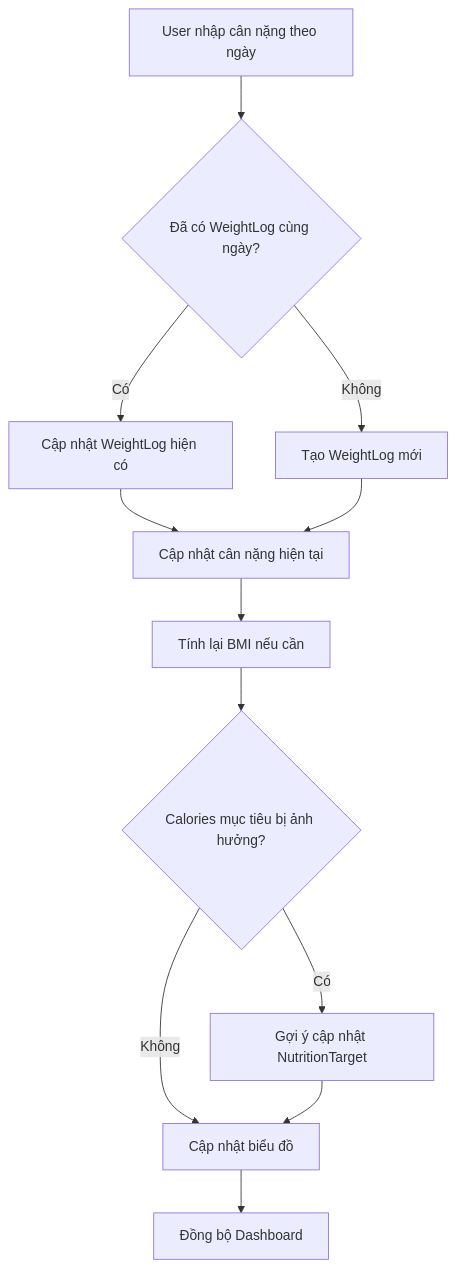
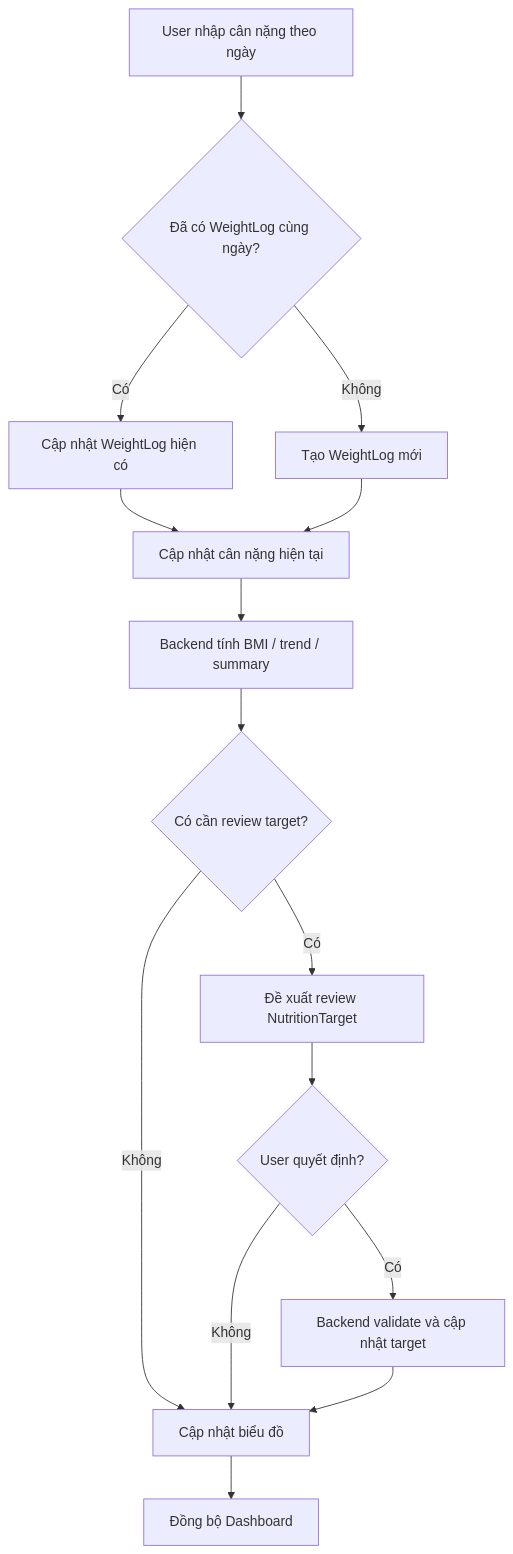
One commit to tgiahuy/VieGym changed the ninth of 21 diagrams in docs/spec/bussiness_mainflow.md. Above: the diagram before and after it, drawn with Mermaid. The commit also changed other lines of this file and 16 other files, not shown here.

````diff
--- a/docs/spec/bussiness_mainflow.md
+++ b/docs/spec/bussiness_mainflow.md
@@ -588,15 +743,18 @@
 ```mermaid
 flowchart TD
     Input[User nhập cân nặng theo ngày] --> Check{Đã có WeightLog cùng ngày?}
     Check -- Có --> Update[Cập nhật WeightLog hiện có]
     Check -- Không --> Create[Tạo WeightLog mới]
 
     Update --> Current[Cập nhật cân nặng hiện tại]
     Create --> Current
-    Current --> BMI[Tính lại BMI nếu cần]
-    BMI --> Target{Calories mục tiêu bị ảnh hưởng?}
-    Target -- Có --> Recommend[Gợi ý cập nhật NutritionTarget]
-    Target -- Không --> Chart[Cập nhật biểu đồ]
-    Recommend --> Chart
+    Current --> Calculate[Backend tính BMI / trend / summary]
+    Calculate --> Review{Có cần review target?}
+    Review -- Có --> Suggest[Đề xuất review NutritionTarget]
+    Review -- Không --> Chart[Cập nhật biểu đồ]
+    Suggest --> UserDecision{User quyết định?}
+    UserDecision -- Không --> Chart
+    UserDecision -- Có --> UpdateTarget[Backend validate và cập nhật target]
+    UpdateTarget --> Chart
     Chart --> Dashboard[Đồng bộ Dashboard]
 ```
````
